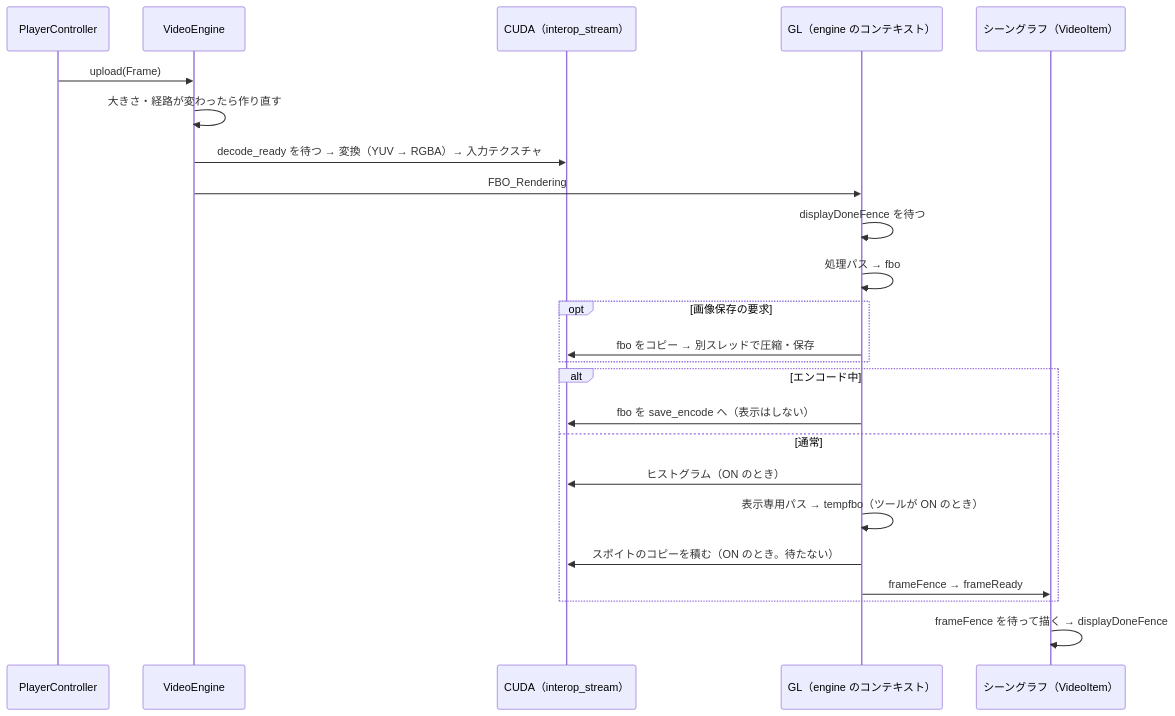
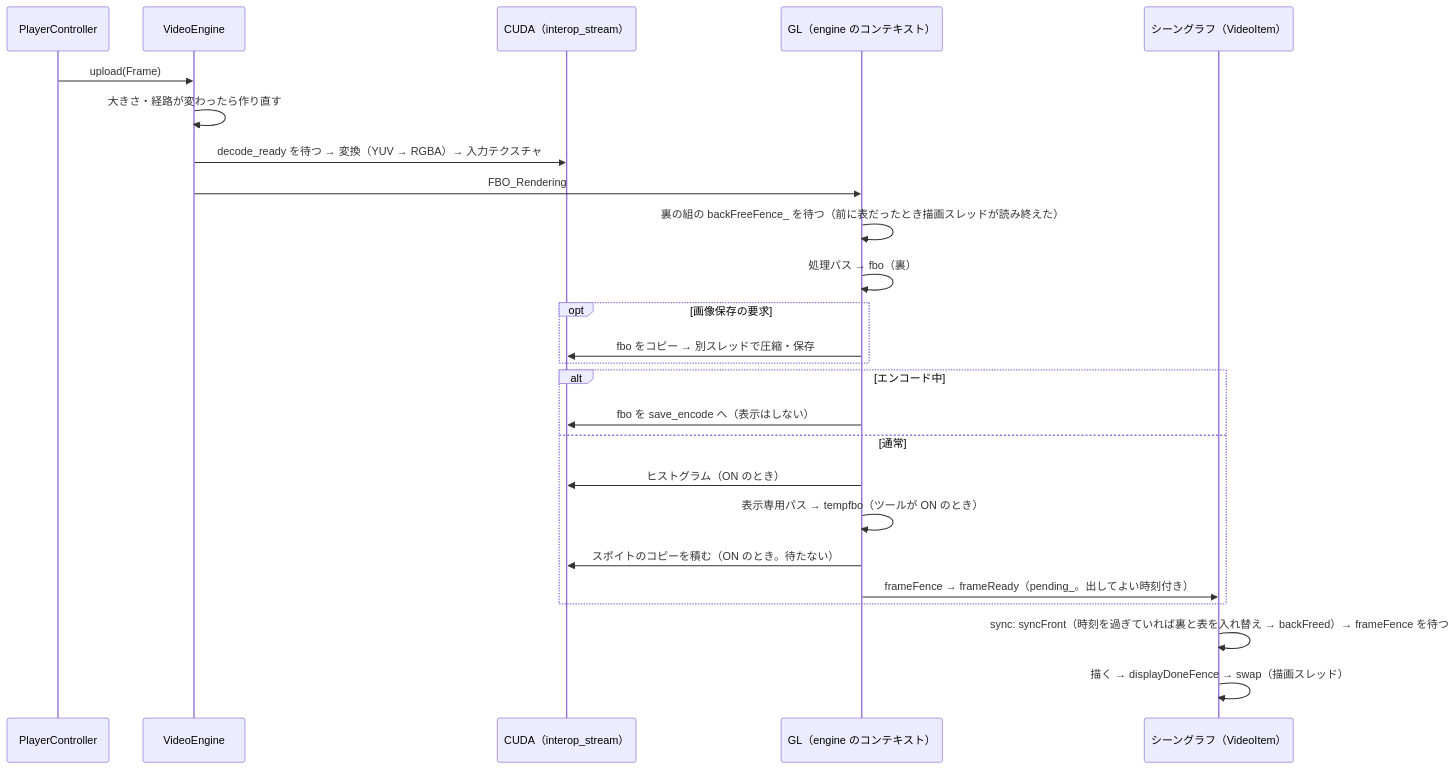
The second of 2 diagrams in project/docs/IMG_PROCESS_CORE.md (8KNewEra/cuda_interop), drawn with Mermaid before and after one commit. The commit also changed other lines of this file and 9 other files, not shown here.

````diff
--- a/project/docs/IMG_PROCESS_CORE.md
+++ b/project/docs/IMG_PROCESS_CORE.md
@@ -90,26 +117,27 @@
 ```mermaid
 sequenceDiagram
     participant PC as PlayerController
     participant VE as VideoEngine
     participant CU as CUDA（interop_stream）
     participant GL as GL（engine のコンテキスト）
     participant SG as シーングラフ（VideoItem）
     PC->>VE: upload(Frame)
     VE->>VE: 大きさ・経路が変わったら作り直す
     VE->>CU: decode_ready を待つ → 変換（YUV → RGBA）→ 入力テクスチャ
     VE->>GL: FBO_Rendering
-    GL->>GL: displayDoneFence を待つ
-    GL->>GL: 処理パス → fbo
+    GL->>GL: 裏の組の backFreeFence_ を待つ（前に表だったとき描画スレッドが読み終えた）
+    GL->>GL: 処理パス → fbo（裏）
     opt 画像保存の要求
         GL->>CU: fbo をコピー → 別スレッドで圧縮・保存
     end
     alt エンコード中
         GL->>CU: fbo を save_encode へ（表示はしない）
     else 通常
         GL->>CU: ヒストグラム（ON のとき）
         GL->>GL: 表示専用パス → tempfbo（ツールが ON のとき）
         GL->>CU: スポイトのコピーを積む（ON のとき。待たない）
-        GL->>SG: frameFence → frameReady
+        GL->>SG: frameFence → frameReady（pending_。出してよい時刻付き）
     end
-    SG->>SG: frameFence を待って描く → displayDoneFence
+    SG->>SG: sync: syncFront（時刻を過ぎていれば裏と表を入れ替え → backFreed）→ frameFence を待つ
+    SG->>SG: 描く → displayDoneFence → swap（描画スレッド）
 ```
````
